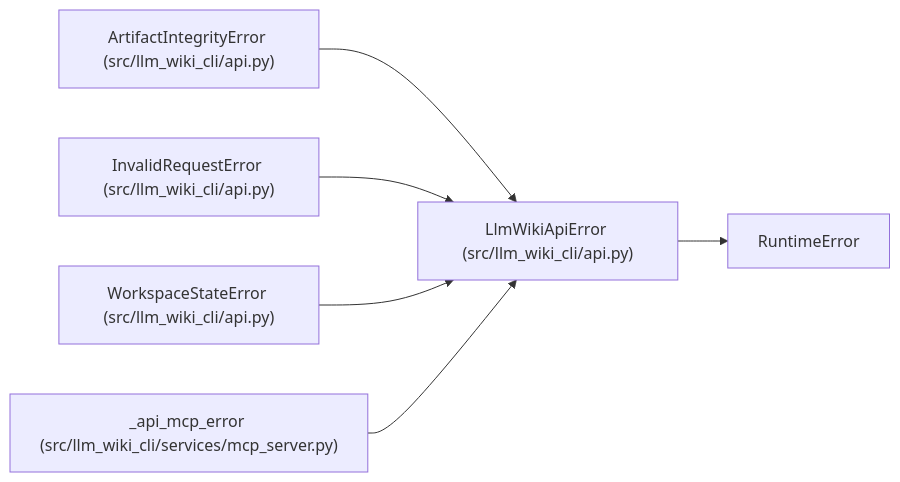
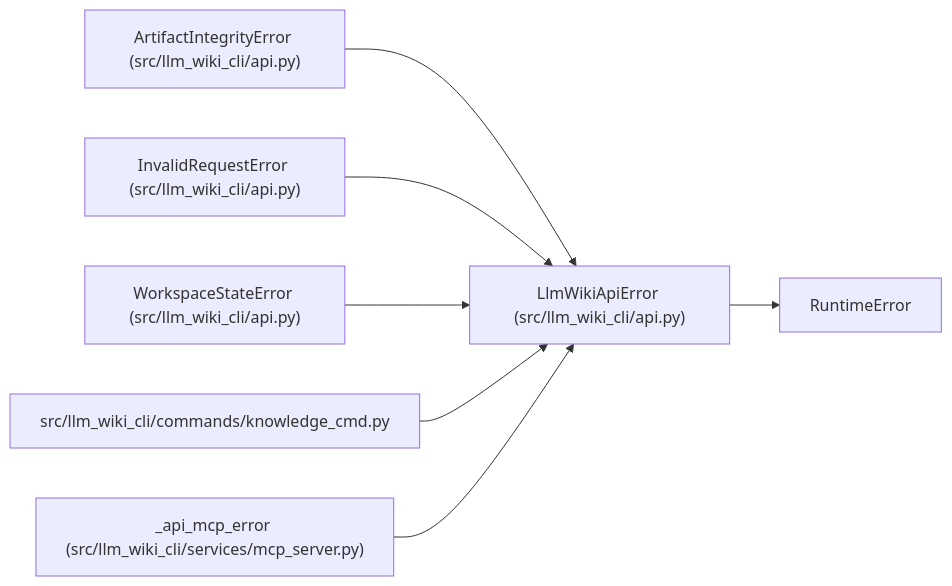
The diagram in docs/llm_wiki/entities/LlmWikiApiError.md (Denissvgn/python-wiki-llm), drawn with Mermaid before and after one commit. The commit also changed other lines of this file and 398 other files, not shown here.

````diff
--- a/docs/llm_wiki/entities/LlmWikiApiError.md
+++ b/docs/llm_wiki/entities/LlmWikiApiError.md
@@ -25,19 +25,22 @@
 ```mermaid
 flowchart LR
     n0["LlmWikiApiError (src/llm_wiki_cli/api.py)"]
     n1["RuntimeError"]
     n2["ArtifactIntegrityError (src/llm_wiki_cli/api.py)"]
     n3["InvalidRequestError (src/llm_wiki_cli/api.py)"]
     n4["WorkspaceStateError (src/llm_wiki_cli/api.py)"]
-    n5["_api_mcp_error (src/llm_wiki_cli/services/mcp_server.py)"]
+    n5["src/llm_wiki_cli/commands/knowledge_cmd.py"]
+    n6["_api_mcp_error (src/llm_wiki_cli/services/mcp_server.py)"]
     n0 --> n1
     n2 --> n0
     n3 --> n0
     n4 --> n0
     n5 --> n0
+    n6 --> n0
     click n0 "../modules/api.md"
     click n2 "../modules/api.md"
     click n3 "../modules/api.md"
     click n4 "../modules/api.md"
-    click n5 "../modules/mcp_server.md"
+    click n5 "../modules/knowledge_cmd.md"
+    click n6 "../modules/mcp_server.md"
 ```
````
